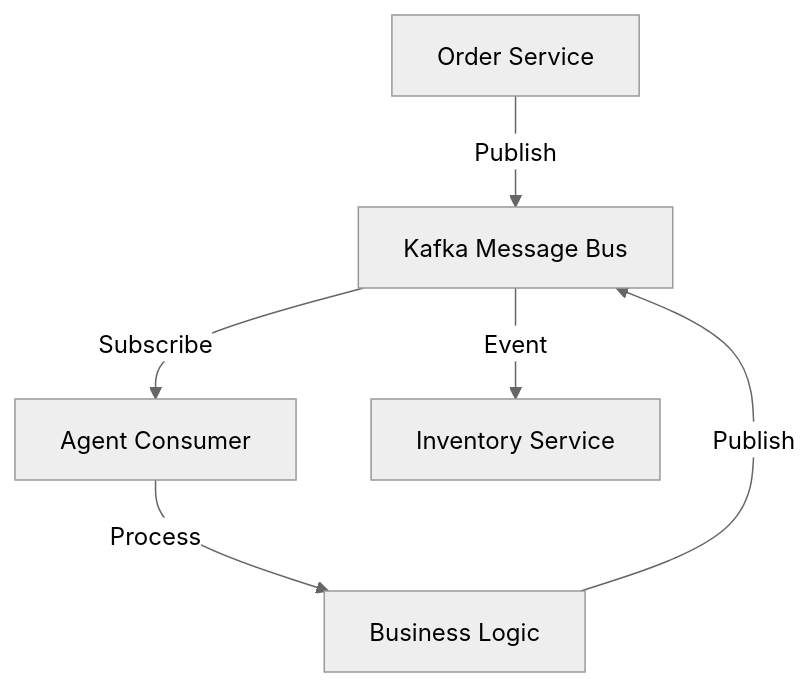
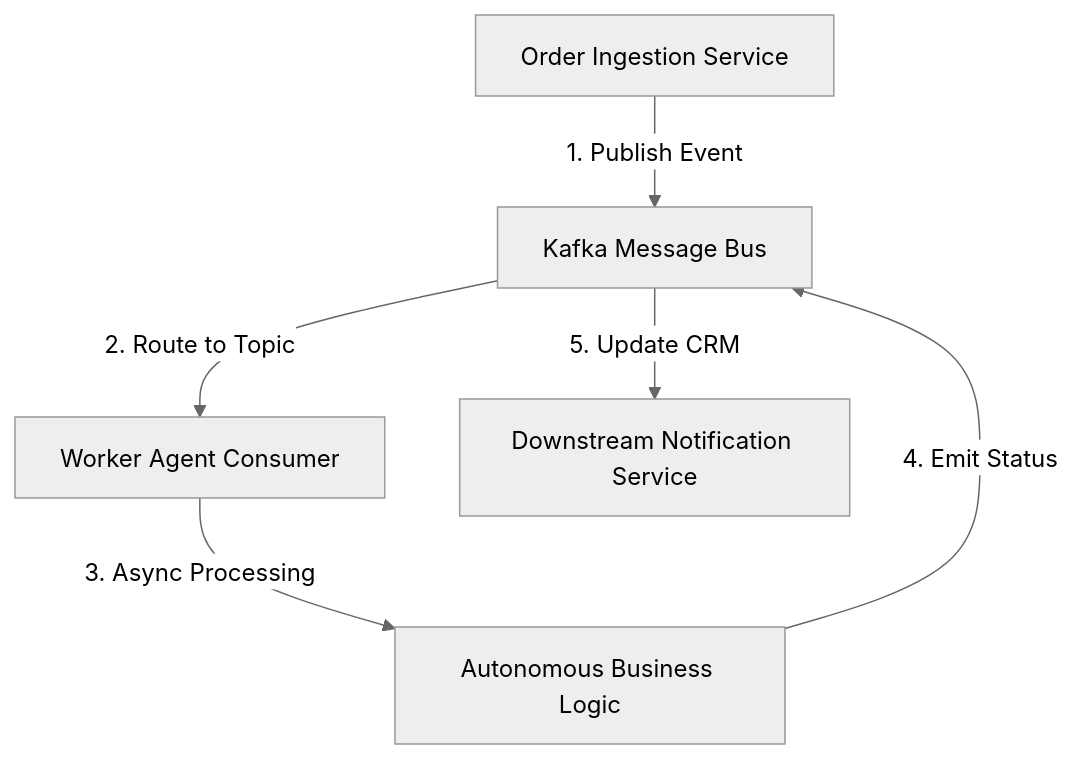
Before and after one commit to sricheru/agentic-ai-portfolio: diagram 18 of 20 in genai_enterprise_usecases/ARCHITECTURE_GUIDE.md, drawn with Mermaid (neutral theme). The commit also changed other lines of this file, not shown here.

Commit message:
fix(mermaid): resolve dagre-d3 edge collision in all 20 diagrams

````diff
--- a/genai_enterprise_usecases/ARCHITECTURE_GUIDE.md
+++ b/genai_enterprise_usecases/ARCHITECTURE_GUIDE.md
@@ -401,8 +405,8 @@
 ```mermaid
 graph TD
-    Source[Order Service] -->|Publish| Bus["Kafka Message Bus"]
-    Bus -->|Subscribe| Consumer[Agent Consumer]
-    Consumer -->|Process| Logic[Business Logic]
-    Logic -->|Publish| Bus
-    Bus -->|Event| Inventory[Inventory Service]
+    OrderService["Order Ingestion Service"] -->|1. Publish Event| EventBus["Kafka Message Bus"]
+    EventBus -->|2. Route to Topic| AgentConsumer["Worker Agent Consumer"]
+    AgentConsumer -->|3. Async Processing| BusinessLogic["Autonomous Business Logic"]
+    BusinessLogic -->|4. Emit Status| EventBus
+    EventBus -->|5. Update CRM| DownstreamService["Downstream Notification Service"]
 ```
````
